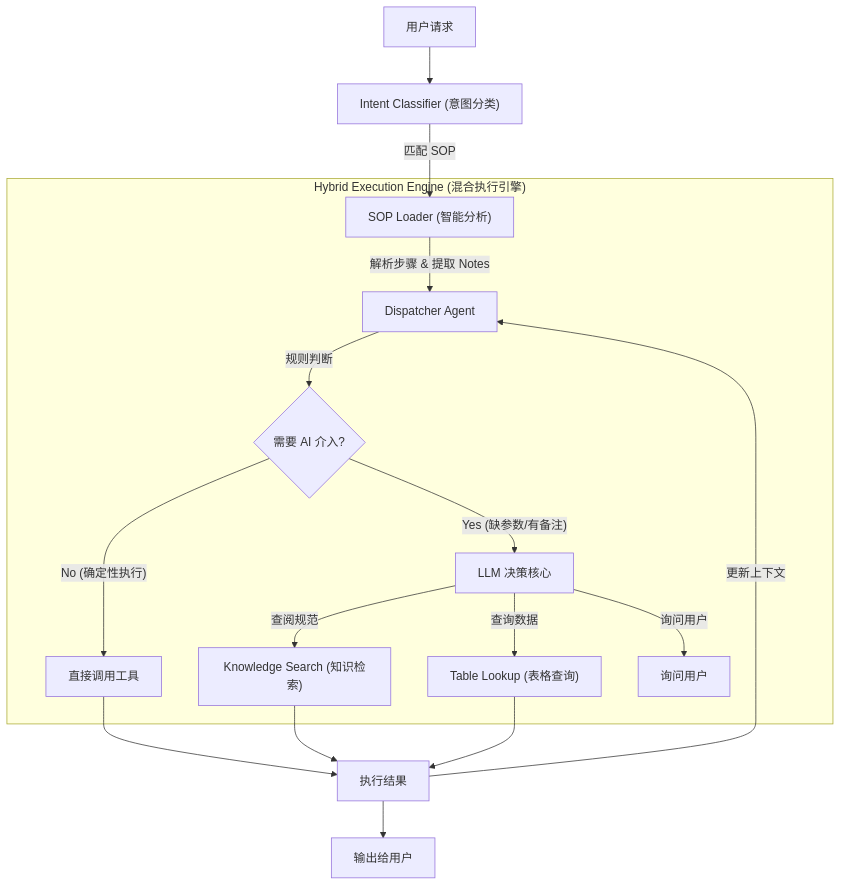
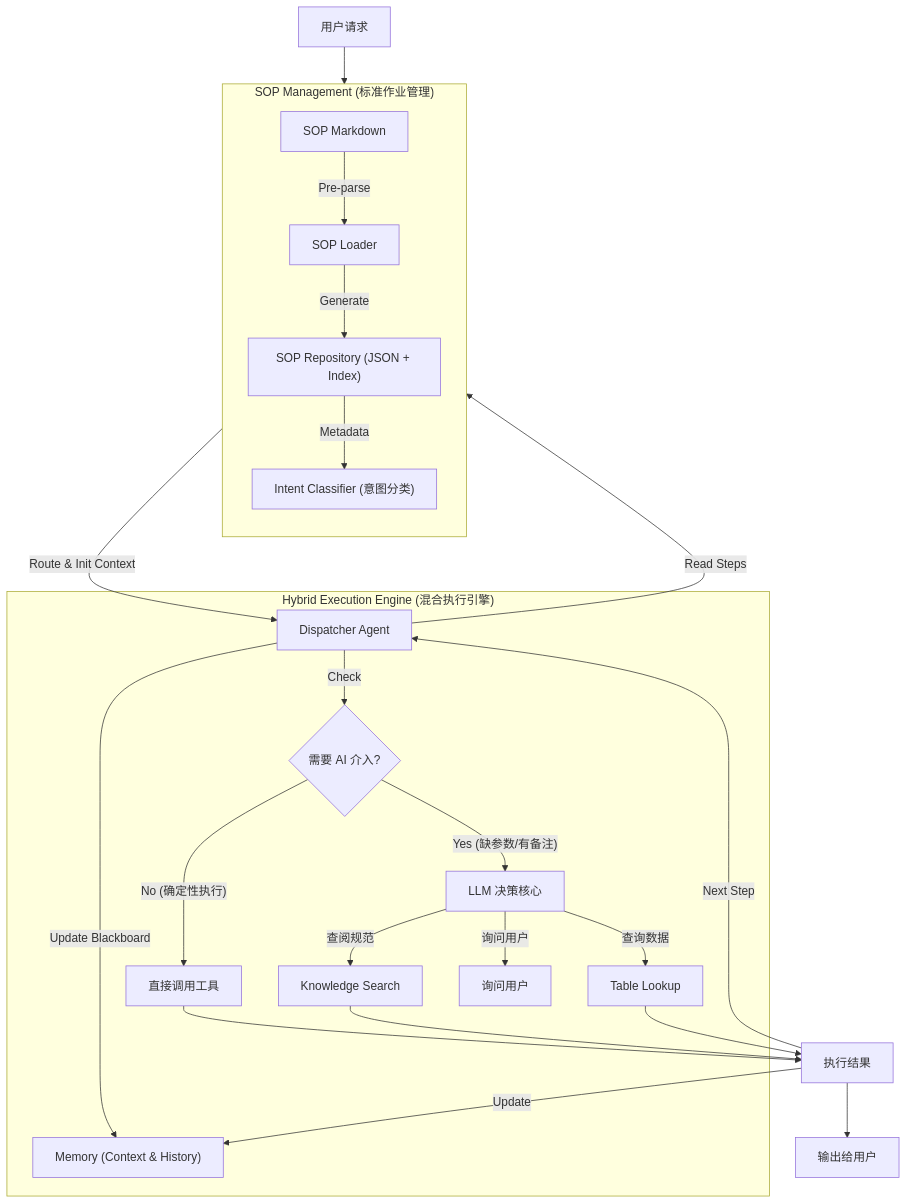
Before and after one commit to 0mao0/AnGIneer: the diagram in README.md, drawn with Mermaid. The commit also changed other lines of this file and 11 other files, not shown here.

````diff
--- a/README.md
+++ b/README.md
@@ -21,23 +21,33 @@
 ```mermaid
 graph TD
     User[用户请求] --> Classifier["Intent Classifier (意图分类)"]
-    Classifier -->|匹配 SOP| Loader["SOP Loader (智能分析)"]
+    
+    subgraph "SOP Management (标准作业管理)"
+        direction TB
+        Markdown["SOP Markdown"] -->|Pre-parse| Loader["SOP Loader"]
+        Loader -->|Generate| Repository["SOP Repository (JSON + Index)"]
+        Repository -->|Metadata| Classifier
+    end
+
+    Classifier -->|Route & Init Context| Dispatcher[Dispatcher Agent]
     
     subgraph "Hybrid Execution Engine (混合执行引擎)"
-        Loader -->|解析步骤 & 提取 Notes| Dispatcher[Dispatcher Agent]
-        Dispatcher -->|规则判断| Check{需要 AI 介入?}
+        Dispatcher -->|Read Steps| Repository
+        Dispatcher -->|Update Blackboard| Memory["Memory (Context & History)"]
+        Dispatcher -->|Check| Decision{需要 AI 介入?}
         
-        Check -- No (确定性执行) --> ToolExec[直接调用工具]
-        Check -- Yes (缺参数/有备注) --> LLM[LLM 决策核心]
+        Decision -- No (确定性执行) --> ToolExec[直接调用工具]
+        Decision -- Yes (缺参数/有备注) --> LLM[LLM 决策核心]
         
-        LLM -->|查阅规范| KnowledgeTool["Knowledge Search (知识检索)"]
-        LLM -->|查询数据| TableTool["Table Lookup (表格查询)"]
+        LLM -->|查阅规范| KnowledgeTool["Knowledge Search"]
+        LLM -->|查询数据| TableTool["Table Lookup"]
         LLM -->|询问用户| UserAsk[询问用户]
     end
     
     ToolExec --> Result[执行结果]
     KnowledgeTool --> Result
     TableTool --> Result
-    Result -->|更新上下文| Dispatcher
+    Result -->|Update| Memory
+    Result -->|Next Step| Dispatcher
     Result --> Final[输出给用户]
 ```
````
